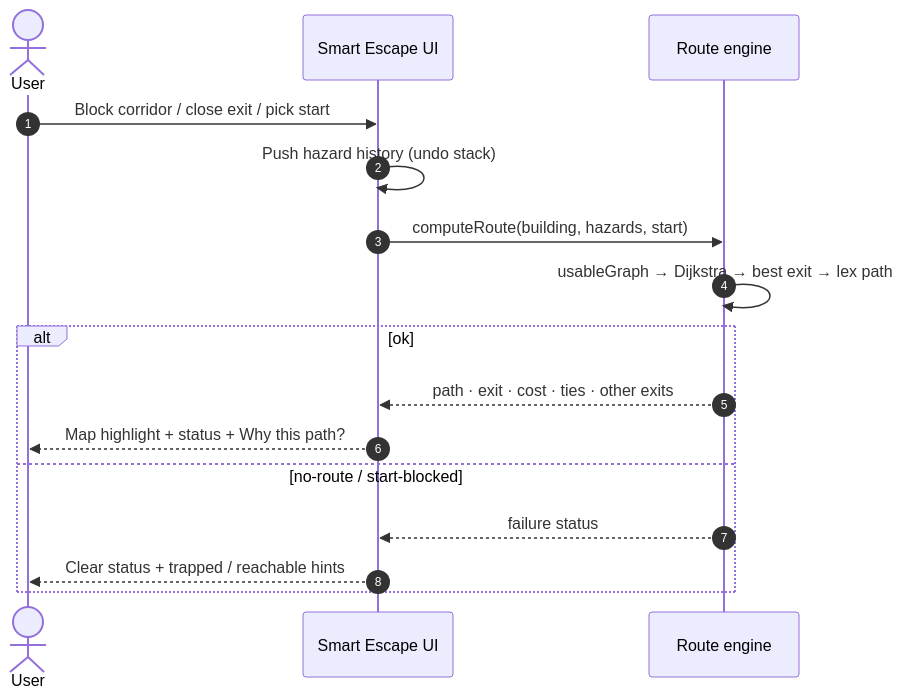
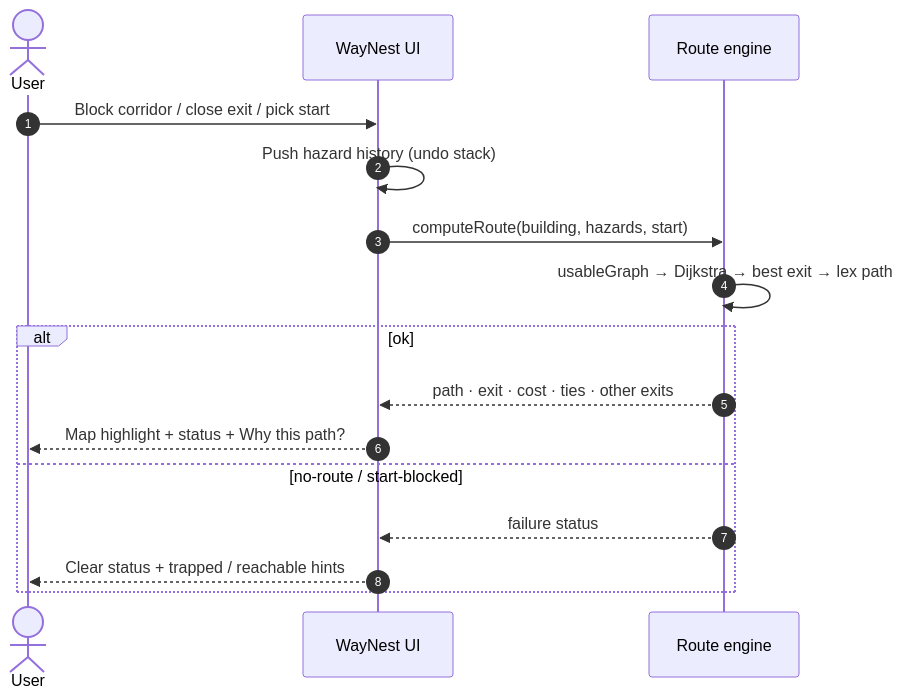
One commit to 0xdevabir/smart-escape-mock changed the second of 4 diagrams in README.md. Above: the diagram before and after it, drawn with Mermaid. The commit also changed other lines of this file and 8 other files, not shown here.

Commit message:
Rename project from Smart Escape to WayNest, updating all relevant files including metadata, README, and assets. Adjust descriptions and identifiers to reflect the new branding.

````diff
--- a/README.md
+++ b/README.md
@@ -89,18 +89,18 @@
 ```mermaid
 sequenceDiagram
     autonumber
     actor U as User
-    participant UI as Smart Escape UI
+    participant UI as WayNest UI
     participant E as Route engine
     U->>UI: Block corridor / close exit / pick start
     UI->>UI: Push hazard history (undo stack)
     UI->>E: computeRoute(building, hazards, start)
     E->>E: usableGraph → Dijkstra → best exit → lex path
     alt ok
         E-->>UI: path · exit · cost · ties · other exits
         UI-->>U: Map highlight + status + Why this path?
     else no-route / start-blocked
         E-->>UI: failure status
         UI-->>U: Clear status + trapped / reachable hints
     end
 ```
````
